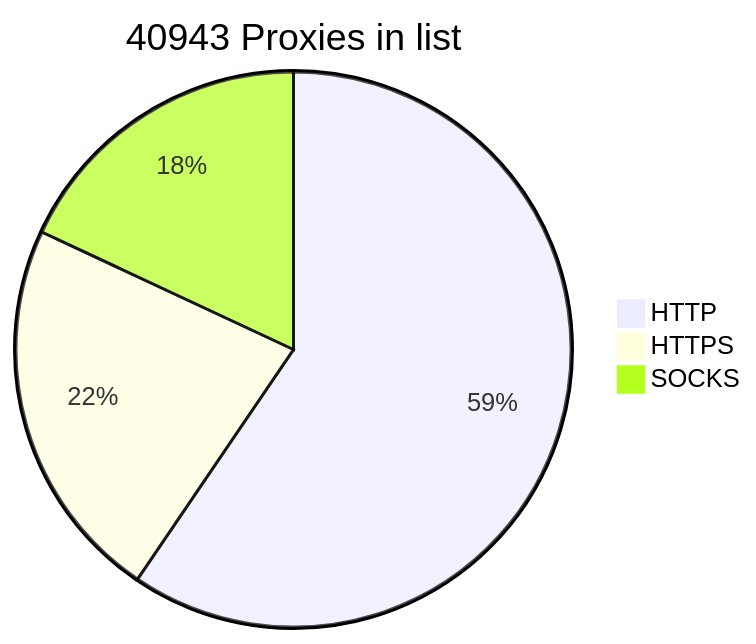
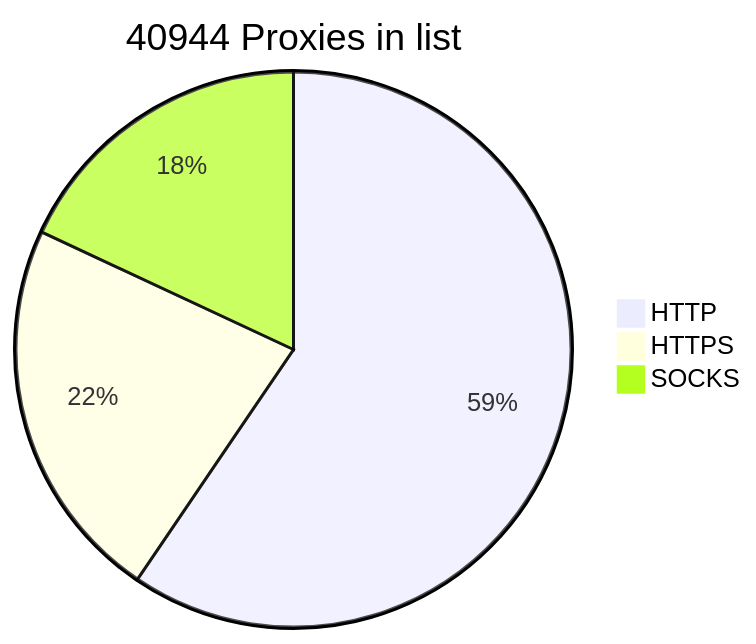
The diagram in README.md (BlackSnowDot/proxylist-update-every-minute), drawn with Mermaid before and after one commit.

````diff
--- a/README.md
+++ b/README.md
@@ -2,6 +2,6 @@
 ```mermaid
-pie title 40943 Proxies in list
+pie title 40944 Proxies in list
     "HTTP" : 28611
     "HTTPS": 10797
-    "SOCKS" : 8680
+    "SOCKS" : 8681
 ```
````
